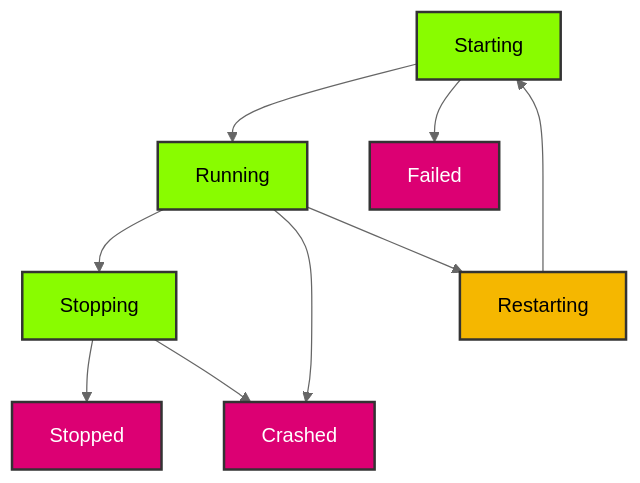
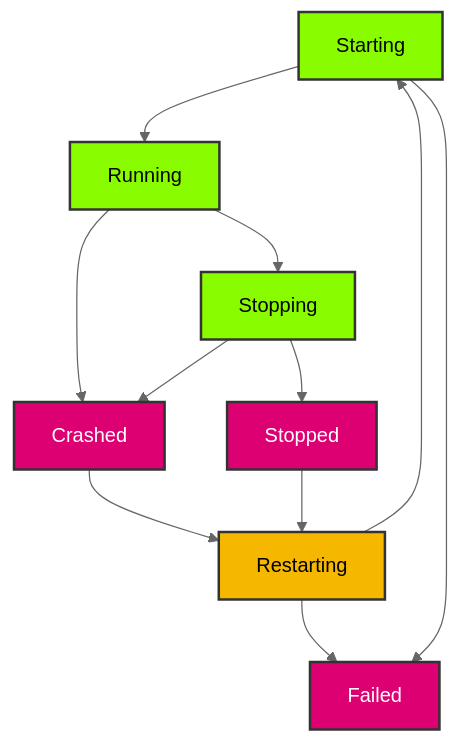
One commit to smearor/process-manager changed the diagram in book/src/process/state.md. Above: the diagram before and after it, drawn with Mermaid (neutral theme). The commit also changed other lines of this file and 23 other files, not shown here.

````diff
--- a/book/src/process/state.md
+++ b/book/src/process/state.md
@@ -23,20 +23,22 @@
 ```mermaid
 graph TD
     classDef default fill: #1e1e1e, stroke: #333333, stroke-width: 1px, color: #ffffff
     classDef active fill: #89fc00, stroke: #333333, stroke-width: 2px, color: #000
     classDef transient fill: #f5b700, stroke: #333333, stroke-width: 2px, color: #000000
     classDef terminal fill: #dc0073, stroke: #333333, stroke-width: 2px, color: #ffffff
 
     Starting --> Running
     Running --> Stopping
     Stopping --> Stopped
+    Running --> Crashed
     Stopping --> Crashed
-    Running --> Crashed
-    Running --> Restarting
+    Crashed --> Restarting
+    Stopped --> Restarting
     Restarting --> Starting
+    Restarting --> Failed
     Starting --> Failed
 
     class Starting,Running,Stopping,Restarting active
     class Restarting transient
     class Stopped,Crashed,Failed terminal
 ```
````
